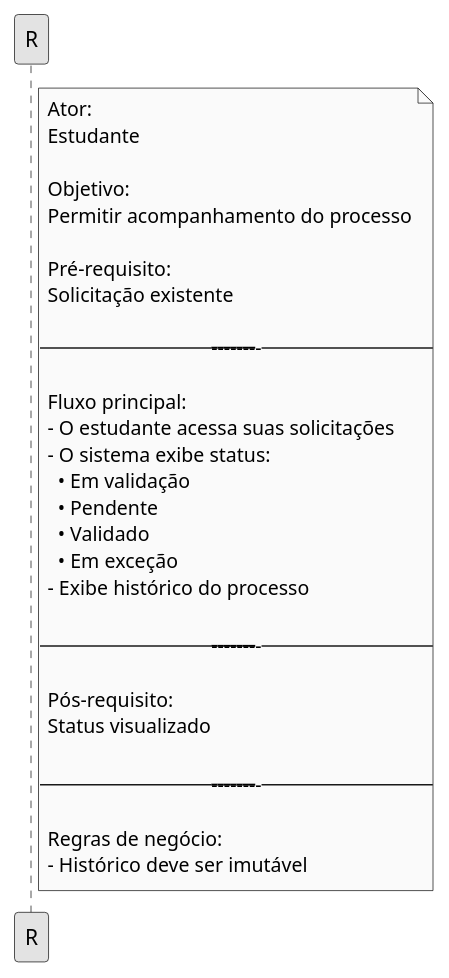
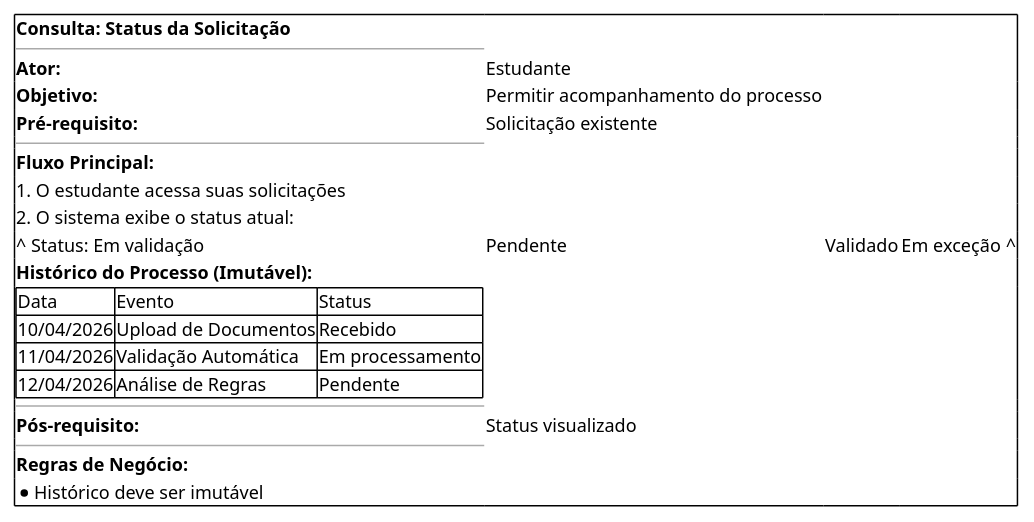
Before and after one commit to Projetos-de-Extensao/PBE_26.1_8001_VII: the fifth of 10 diagrams in docs/Iniciacao/prototipo_baixa_fidelidade.md, drawn with PlantUML. The commit also changed other lines of this file, not shown here.

````diff
--- a/docs/Iniciacao/prototipo_baixa_fidelidade.md
+++ b/docs/Iniciacao/prototipo_baixa_fidelidade.md
@@ -198,43 +145,29 @@
-```puml
-@startuml
-
-
-skinparam monochrome true
-skinparam shadowing false
-
-
-
-note right of R
-Ator:
-Estudante
-
-Objetivo:
-Permitir acompanhamento do processo
-
-Pré-requisito:
-Solicitação existente
-
-----------------------------------------
-
-Fluxo principal:
-- O estudante acessa suas solicitações
-- O sistema exibe status:
-  • Em validação
-  • Pendente
-  • Validado
-  • Em exceção
-- Exibe histórico do processo
-
-----------------------------------------
-
-Pós-requisito:
-Status visualizado
-
-----------------------------------------
-
-Regras de negócio:
-- Histórico deve ser imutável
-end note
-
-@enduml
+```plantuml
+@startsalt
+{+
+  **Consulta: Status da Solicitação**
+  --
+  **Ator:** | Estudante
+  **Objetivo:** | Permitir acompanhamento do processo
+  **Pré-requisito:** | Solicitação existente
+  --
+  **Fluxo Principal:**
+  1. O estudante acessa suas solicitações
+  2. O sistema exibe o status atual:
+  ^ Status: Em validação | Pendente | Validado | Em exceção ^
+  
+  **Histórico do Processo (Imutável):**
+  {#
+    Data       | Evento               | Status
+    10/04/2026 | Upload de Documentos | Recebido
+    11/04/2026 | Validação Automática | Em processamento
+    12/04/2026 | Análise de Regras    | Pendente
+  }
+  --
+  **Pós-requisito:** | Status visualizado
+  --
+  **Regras de Negócio:**
+  * Histórico deve ser imutável
+}
+@endsalt
 ```
````
